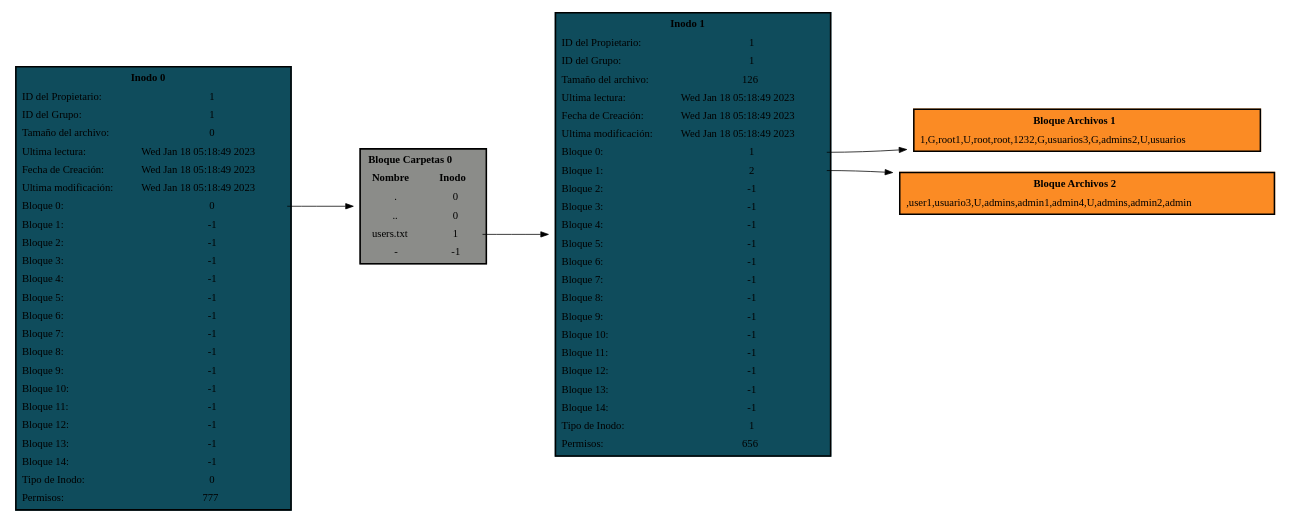
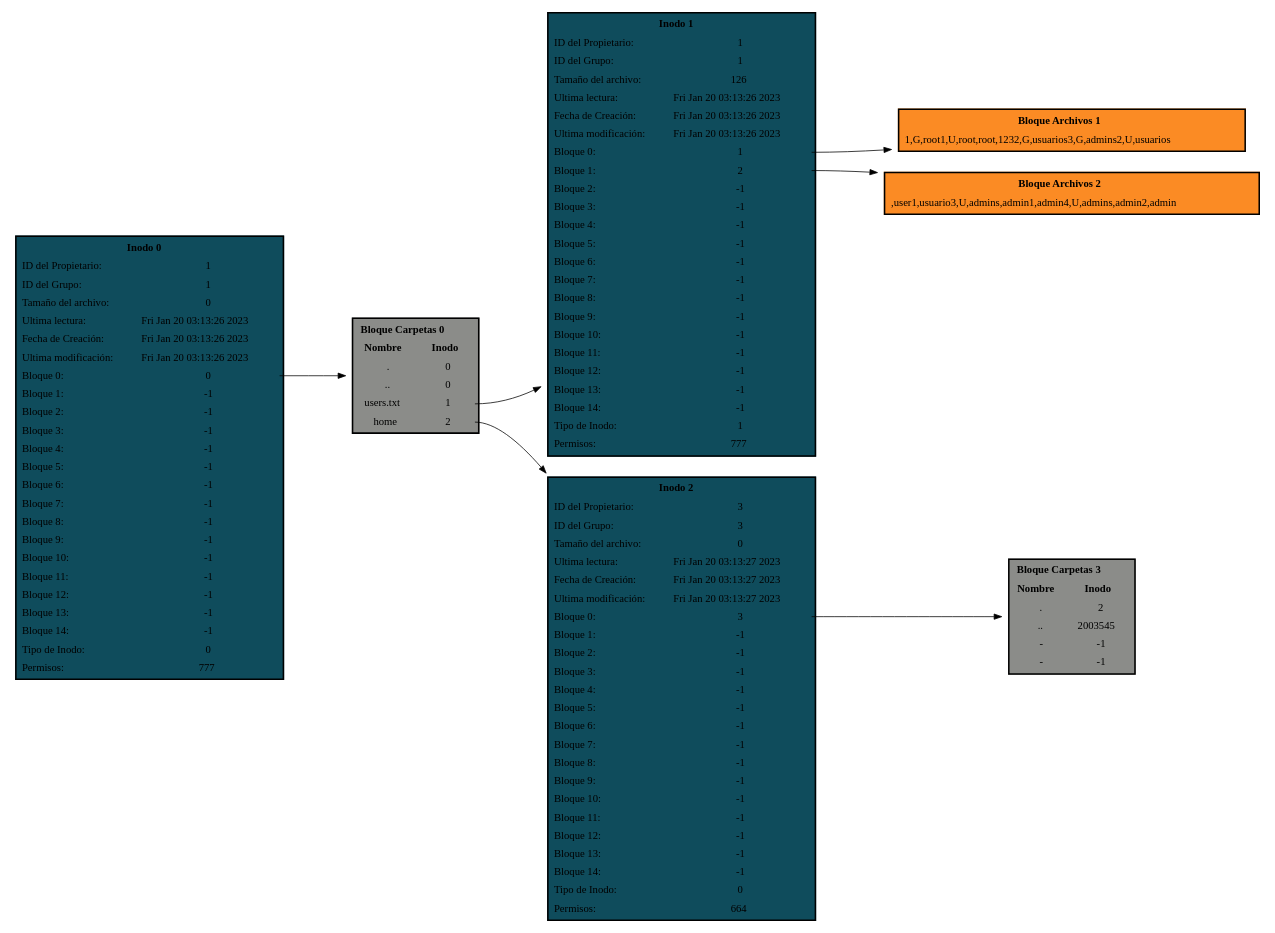
Before and after one commit to JJONK19/-MIA-P1_201909035: the diagram in grafo.dot, drawn with Graphviz. The commit also changed 12 other files, not shown here.

```diff
--- a/grafo.dot
+++ b/grafo.dot
@@ -1,35 +1,46 @@
 digraph G { 
  rankdir = LR; node[shape = plaintext];
 INODO0[ label = <<TABLE BORDER='2' CELLBORDER='0' CELLSPACING='5' BGCOLOR='#0f4c5c'>
 <TR><TD colspan ='2' ><b>Inodo 0</b></TD></TR>
-<TR><TD Align='left'>ID del Propietario:</TD><TD>1</TD></TR><TR><TD Align='left'>ID del Grupo:</TD><TD>1</TD></TR><TR><TD Align='left'>Tamaño del archivo:</TD><TD>0</TD></TR><TR><TD Align='left'>Ultima lectura:</TD><TD>Wed Jan 18 05:18:49 2023
-</TD></TR><TR><TD Align='left'>Fecha de Creación:</TD><TD>Wed Jan 18 05:18:49 2023
-</TD></TR><TR><TD Align='left'>Ultima modificación:</TD><TD>Wed Jan 18 05:18:49 2023
+<TR><TD Align='left'>ID del Propietario:</TD><TD>1</TD></TR><TR><TD Align='left'>ID del Grupo:</TD><TD>1</TD></TR><TR><TD Align='left'>Tamaño del archivo:</TD><TD>0</TD></TR><TR><TD Align='left'>Ultima lectura:</TD><TD>Fri Jan 20 03:13:26 2023
+</TD></TR><TR><TD Align='left'>Fecha de Creación:</TD><TD>Fri Jan 20 03:13:26 2023
+</TD></TR><TR><TD Align='left'>Ultima modificación:</TD><TD>Fri Jan 20 03:13:26 2023
 </TD></TR><TR><TD Align='left'>Bloque 0:</TD><TD PORT='P0'>0</TD></TR><TR><TD Align='left'>Bloque 1:</TD><TD PORT='P1'>-1</TD></TR><TR><TD Align='left'>Bloque 2:</TD><TD PORT='P2'>-1</TD></TR><TR><TD Align='left'>Bloque 3:</TD><TD PORT='P3'>-1</TD></TR><TR><TD Align='left'>Bloque 4:</TD><TD PORT='P4'>-1</TD></TR><TR><TD Align='left'>Bloque 5:</TD><TD PORT='P5'>-1</TD></TR><TR><TD Align='left'>Bloque 6:</TD><TD PORT='P6'>-1</TD></TR><TR><TD Align='left'>Bloque 7:</TD><TD PORT='P7'>-1</TD></TR><TR><TD Align='left'>Bloque 8:</TD><TD PORT='P8'>-1</TD></TR><TR><TD Align='left'>Bloque 9:</TD><TD PORT='P9'>-1</TD></TR><TR><TD Align='left'>Bloque 10:</TD><TD PORT='P10'>-1</TD></TR><TR><TD Align='left'>Bloque 11:</TD><TD PORT='P11'>-1</TD></TR><TR><TD Align='left'>Bloque 12:</TD><TD PORT='P12'>-1</TD></TR><TR><TD Align='left'>Bloque 13:</TD><TD PORT='P13'>-1</TD></TR><TR><TD Align='left'>Bloque 14:</TD><TD PORT='P14'>-1</TD></TR><TR><TD Align='left'>Tipo de Inodo:</TD><TD>0</TD></TR><TR><TD Align='left'>Permisos:</TD><TD>777</TD></TR></TABLE>>];
 BLOQUE0[ label = <<TABLE BORDER='2' CELLBORDER='0' CELLSPACING='5' BGCOLOR='#8b8c89'>
 <TR><TD colspan ='2' ><b>Bloque Carpetas 0</b></TD></TR>
-<TR><TD><b>Nombre</b></TD><TD><b>Inodo</b></TD></TR><TR><TD>.</TD><TD PORT='P0'>0</TD></TR><TR><TD>..</TD><TD PORT='P1'>0</TD></TR><TR><TD>users.txt</TD><TD PORT='P2'>1</TD></TR><TR><TD>-</TD><TD PORT='P3'>-1</TD></TR></TABLE>>];
+<TR><TD><b>Nombre</b></TD><TD><b>Inodo</b></TD></TR><TR><TD>.</TD><TD PORT='P0'>0</TD></TR><TR><TD>..</TD><TD PORT='P1'>0</TD></TR><TR><TD>users.txt</TD><TD PORT='P2'>1</TD></TR><TR><TD>home</TD><TD PORT='P3'>2</TD></TR></TABLE>>];
 INODO0:P0->BLOQUE0[minlen = 2];
 INODO1[ label = <<TABLE BORDER='2' CELLBORDER='0' CELLSPACING='5' BGCOLOR='#0f4c5c'>
 <TR><TD colspan ='2' ><b>Inodo 1</b></TD></TR>
-<TR><TD Align='left'>ID del Propietario:</TD><TD>1</TD></TR><TR><TD Align='left'>ID del Grupo:</TD><TD>1</TD></TR><TR><TD Align='left'>Tamaño del archivo:</TD><TD>126</TD></TR><TR><TD Align='left'>Ultima lectura:</TD><TD>Wed Jan 18 05:18:49 2023
-</TD></TR><TR><TD Align='left'>Fecha de Creación:</TD><TD>Wed Jan 18 05:18:49 2023
-</TD></TR><TR><TD Align='left'>Ultima modificación:</TD><TD>Wed Jan 18 05:18:49 2023
-</TD></TR><TR><TD Align='left'>Bloque 0:</TD><TD PORT='P0'>1</TD></TR><TR><TD Align='left'>Bloque 1:</TD><TD PORT='P1'>2</TD></TR><TR><TD Align='left'>Bloque 2:</TD><TD PORT='P2'>-1</TD></TR><TR><TD Align='left'>Bloque 3:</TD><TD PORT='P3'>-1</TD></TR><TR><TD Align='left'>Bloque 4:</TD><TD PORT='P4'>-1</TD></TR><TR><TD Align='left'>Bloque 5:</TD><TD PORT='P5'>-1</TD></TR><TR><TD Align='left'>Bloque 6:</TD><TD PORT='P6'>-1</TD></TR><TR><TD Align='left'>Bloque 7:</TD><TD PORT='P7'>-1</TD></TR><TR><TD Align='left'>Bloque 8:</TD><TD PORT='P8'>-1</TD></TR><TR><TD Align='left'>Bloque 9:</TD><TD PORT='P9'>-1</TD></TR><TR><TD Align='left'>Bloque 10:</TD><TD PORT='P10'>-1</TD></TR><TR><TD Align='left'>Bloque 11:</TD><TD PORT='P11'>-1</TD></TR><TR><TD Align='left'>Bloque 12:</TD><TD PORT='P12'>-1</TD></TR><TR><TD Align='left'>Bloque 13:</TD><TD PORT='P13'>-1</TD></TR><TR><TD Align='left'>Bloque 14:</TD><TD PORT='P14'>-1</TD></TR><TR><TD Align='left'>Tipo de Inodo:</TD><TD>1</TD></TR><TR><TD Align='left'>Permisos:</TD><TD>656</TD></TR></TABLE>>];
+<TR><TD Align='left'>ID del Propietario:</TD><TD>1</TD></TR><TR><TD Align='left'>ID del Grupo:</TD><TD>1</TD></TR><TR><TD Align='left'>Tamaño del archivo:</TD><TD>126</TD></TR><TR><TD Align='left'>Ultima lectura:</TD><TD>Fri Jan 20 03:13:26 2023
+</TD></TR><TR><TD Align='left'>Fecha de Creación:</TD><TD>Fri Jan 20 03:13:26 2023
+</TD></TR><TR><TD Align='left'>Ultima modificación:</TD><TD>Fri Jan 20 03:13:26 2023
+</TD></TR><TR><TD Align='left'>Bloque 0:</TD><TD PORT='P0'>1</TD></TR><TR><TD Align='left'>Bloque 1:</TD><TD PORT='P1'>2</TD></TR><TR><TD Align='left'>Bloque 2:</TD><TD PORT='P2'>-1</TD></TR><TR><TD Align='left'>Bloque 3:</TD><TD PORT='P3'>-1</TD></TR><TR><TD Align='left'>Bloque 4:</TD><TD PORT='P4'>-1</TD></TR><TR><TD Align='left'>Bloque 5:</TD><TD PORT='P5'>-1</TD></TR><TR><TD Align='left'>Bloque 6:</TD><TD PORT='P6'>-1</TD></TR><TR><TD Align='left'>Bloque 7:</TD><TD PORT='P7'>-1</TD></TR><TR><TD Align='left'>Bloque 8:</TD><TD PORT='P8'>-1</TD></TR><TR><TD Align='left'>Bloque 9:</TD><TD PORT='P9'>-1</TD></TR><TR><TD Align='left'>Bloque 10:</TD><TD PORT='P10'>-1</TD></TR><TR><TD Align='left'>Bloque 11:</TD><TD PORT='P11'>-1</TD></TR><TR><TD Align='left'>Bloque 12:</TD><TD PORT='P12'>-1</TD></TR><TR><TD Align='left'>Bloque 13:</TD><TD PORT='P13'>-1</TD></TR><TR><TD Align='left'>Bloque 14:</TD><TD PORT='P14'>-1</TD></TR><TR><TD Align='left'>Tipo de Inodo:</TD><TD>1</TD></TR><TR><TD Align='left'>Permisos:</TD><TD>777</TD></TR></TABLE>>];
 BLOQUE0:P2->INODO1[minlen = 2];
 BLOQUE1[ label = <<TABLE BORDER='2' CELLBORDER='0' CELLSPACING='5' BGCOLOR='#fb8b24'>
 <TR><TD><b>Bloque Archivos 1</b></TD></TR>
 <TR><TD>1,G,root
 1,U,root,root,123
 2,G,usuarios
 3,G,admins
 2,U,usuarios</TD></TR></TABLE>>];
 INODO1:P0->BLOQUE1[minlen = 2];
 BLOQUE2[ label = <<TABLE BORDER='2' CELLBORDER='0' CELLSPACING='5' BGCOLOR='#fb8b24'>
 <TR><TD><b>Bloque Archivos 2</b></TD></TR>
 <TR><TD>,user1,usuario
 3,U,admins,admin1,admin
 4,U,admins,admin2,admin
 </TD></TR></TABLE>>];
 INODO1:P1->BLOQUE2[minlen = 2];
+INODO2[ label = <<TABLE BORDER='2' CELLBORDER='0' CELLSPACING='5' BGCOLOR='#0f4c5c'>
+<TR><TD colspan ='2' ><b>Inodo 2</b></TD></TR>
+<TR><TD Align='left'>ID del Propietario:</TD><TD>3</TD></TR><TR><TD Align='left'>ID del Grupo:</TD><TD>3</TD></TR><TR><TD Align='left'>Tamaño del archivo:</TD><TD>0</TD></TR><TR><TD Align='left'>Ultima lectura:</TD><TD>Fri Jan 20 03:13:27 2023
+</TD></TR><TR><TD Align='left'>Fecha de Creación:</TD><TD>Fri Jan 20 03:13:27 2023
+</TD></TR><TR><TD Align='left'>Ultima modificación:</TD><TD>Fri Jan 20 03:13:27 2023
+</TD></TR><TR><TD Align='left'>Bloque 0:</TD><TD PORT='P0'>3</TD></TR><TR><TD Align='left'>Bloque 1:</TD><TD PORT='P1'>-1</TD></TR><TR><TD Align='left'>Bloque 2:</TD><TD PORT='P2'>-1</TD></TR><TR><TD Align='left'>Bloque 3:</TD><TD PORT='P3'>-1</TD></TR><TR><TD Align='left'>Bloque 4:</TD><TD PORT='P4'>-1</TD></TR><TR><TD Align='left'>Bloque 5:</TD><TD PORT='P5'>-1</TD></TR><TR><TD Align='left'>Bloque 6:</TD><TD PORT='P6'>-1</TD></TR><TR><TD Align='left'>Bloque 7:</TD><TD PORT='P7'>-1</TD></TR><TR><TD Align='left'>Bloque 8:</TD><TD PORT='P8'>-1</TD></TR><TR><TD Align='left'>Bloque 9:</TD><TD PORT='P9'>-1</TD></TR><TR><TD Align='left'>Bloque 10:</TD><TD PORT='P10'>-1</TD></TR><TR><TD Align='left'>Bloque 11:</TD><TD PORT='P11'>-1</TD></TR><TR><TD Align='left'>Bloque 12:</TD><TD PORT='P12'>-1</TD></TR><TR><TD Align='left'>Bloque 13:</TD><TD PORT='P13'>-1</TD></TR><TR><TD Align='left'>Bloque 14:</TD><TD PORT='P14'>-1</TD></TR><TR><TD Align='left'>Tipo de Inodo:</TD><TD>0</TD></TR><TR><TD Align='left'>Permisos:</TD><TD>664</TD></TR></TABLE>>];
+BLOQUE0:P3->INODO2[minlen = 2];
+BLOQUE3[ label = <<TABLE BORDER='2' CELLBORDER='0' CELLSPACING='5' BGCOLOR='#8b8c89'>
+<TR><TD colspan ='2' ><b>Bloque Carpetas 3</b></TD></TR>
+<TR><TD><b>Nombre</b></TD><TD><b>Inodo</b></TD></TR><TR><TD>.</TD><TD PORT='P0'>2</TD></TR><TR><TD>..</TD><TD PORT='P1'>2003545</TD></TR><TR><TD>-</TD><TD PORT='P2'>-1</TD></TR><TR><TD>-</TD><TD PORT='P3'>-1</TD></TR></TABLE>>];
+INODO2:P0->BLOQUE3[minlen = 2];
 }
```
